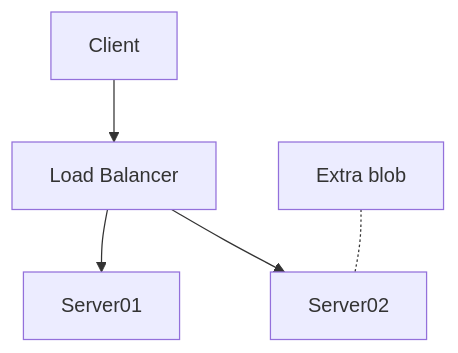
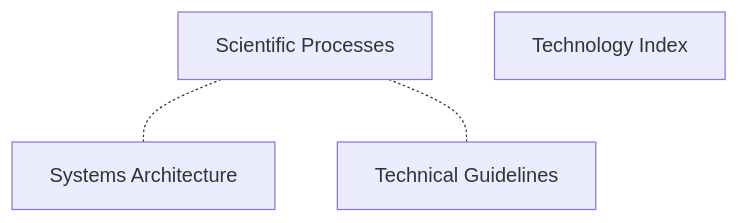
One commit to GNS-Science/nzshm-documentation changed the first of 4 diagrams in docs/index.md. Above: the diagram before and after it, drawn with Mermaid. The commit also changed other lines of this file and 9 other files, not shown here.

````diff
--- a/docs/index.md
+++ b/docs/index.md
@@ -7,7 +4,12 @@
 ```mermaid
 graph TD
-A[Client] --> B[Load Balancer]
-B --> C[Server01]
-B --> D[Server02]
-E[Extra blob] -.- D
+    SP[Scientific Processes]
+    SA[Systems Architecture]
+    TG[Technical Guidelines]
+    TI[Technology Index]
+    SP -.- SA
+    SP -.- TG
+    %%TI -.- SA
+    %% SA -.- TI -.- TG
+    %%SA -.- TG
 ```
````
